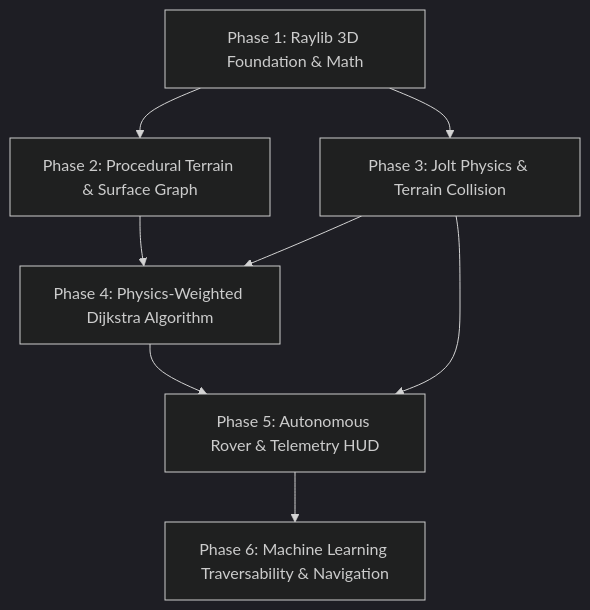
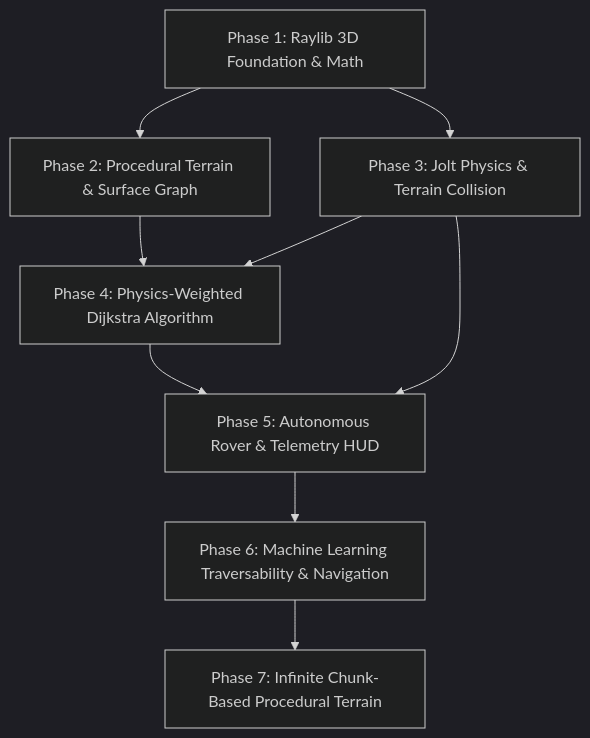
Before and after one commit to loo-ee/dijkstra_sfml: the diagram in docs/phases/README.md, drawn with Mermaid (dark theme). The commit also changed other lines of this file and 3 other files, not shown here.

Commit message:
docs: add Phase 7 infinite chunk-based procedural terrain architecture and specification

````diff
--- a/docs/phases/README.md
+++ b/docs/phases/README.md
@@ -9,10 +9,11 @@
 ```mermaid
 graph TD
     P1[Phase 1: Raylib 3D Foundation & Math] --> P2[Phase 2: Procedural Terrain & Surface Graph]
     P1 --> P3[Phase 3: Jolt Physics & Terrain Collision]
     P2 --> P4[Phase 4: Physics-Weighted Dijkstra Algorithm]
     P3 --> P4
     P4 --> P5[Phase 5: Autonomous Rover & Telemetry HUD]
     P3 --> P5
     P5 --> P6[Phase 6: Machine Learning Traversability & Navigation]
+    P6 --> P7[Phase 7: Infinite Chunk-Based Procedural Terrain]
 ```
````
